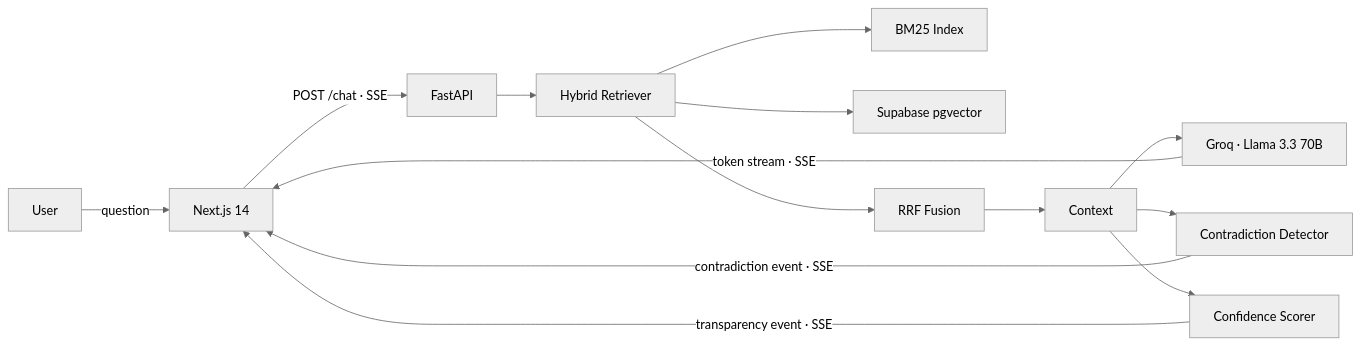
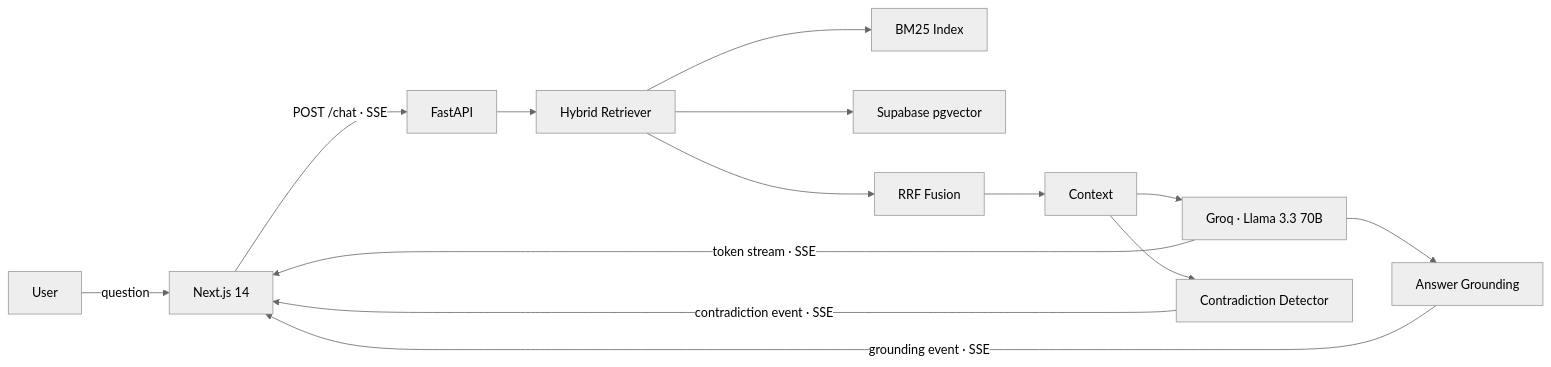
One commit to skayy47/nexus changed the diagram in README.md. Above: the diagram before and after it, drawn with Mermaid (neutral theme). The commit also changed other lines of this file, not shown here.

Commit message:
docs: README confidence->grounding, bilingual EN/FR, portfolio cross-links

````diff
--- a/README.md
+++ b/README.md
@@ -32,16 +33,16 @@
 ```mermaid
 graph LR
     User -->|question| FE[Next.js 14]
     FE -->|POST /chat · SSE| API[FastAPI]
     API --> RET[Hybrid Retriever]
     RET --> BM25[BM25 Index]
     RET --> VEC[Supabase pgvector]
     RET --> RRF[RRF Fusion]
     RRF --> CTX[Context]
     CTX --> LLM[Groq · Llama 3.3 70B]
     CTX --> CD[Contradiction Detector]
-    CTX --> TS[Confidence Scorer]
+    LLM --> GR[Answer Grounding]
     LLM -->|token stream · SSE| FE
     CD -->|contradiction event · SSE| FE
-    TS -->|transparency event · SSE| FE
+    GR -->|grounding event · SSE| FE
 ```
````
